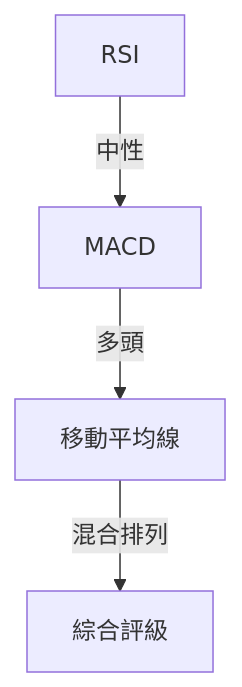
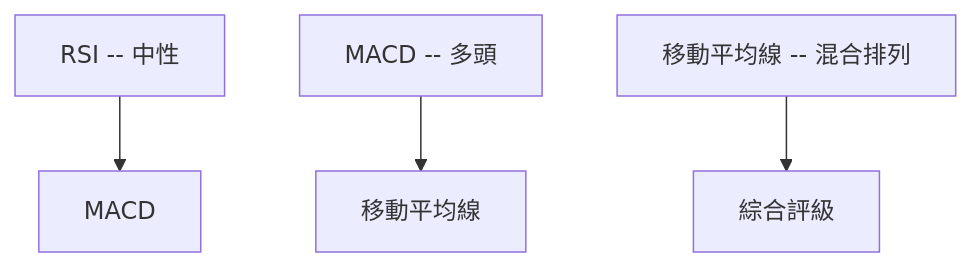
The fifth of 11 diagrams in ai_gen_report/stock/amd/technical_analysis_2026-03-31_openai.md (yennanliu/finance_data), drawn with Mermaid before and after one commit. The commit also changed other lines of this file and 2258 other files, not shown here.

First line of the commit message:
chore: backfill Mermaid syntax repair across existing reports

````diff
--- a/ai_gen_report/stock/amd/technical_analysis_2026-03-31_openai.md
+++ b/ai_gen_report/stock/amd/technical_analysis_2026-03-31_openai.md
@@ -216,6 +216,6 @@
 ```mermaid
 graph TD
-    RSI -- 中性 --> MACD
-    MACD -- 多頭 --> 移動平均線
-    移動平均線 -- 混合排列 --> 綜合評級
+    nb1["RSI -- 中性"] --> MACD
+    nb2["MACD -- 多頭"] --> 移動平均線
+    nb3["移動平均線 -- 混合排列"] --> 綜合評級
 ```
````
